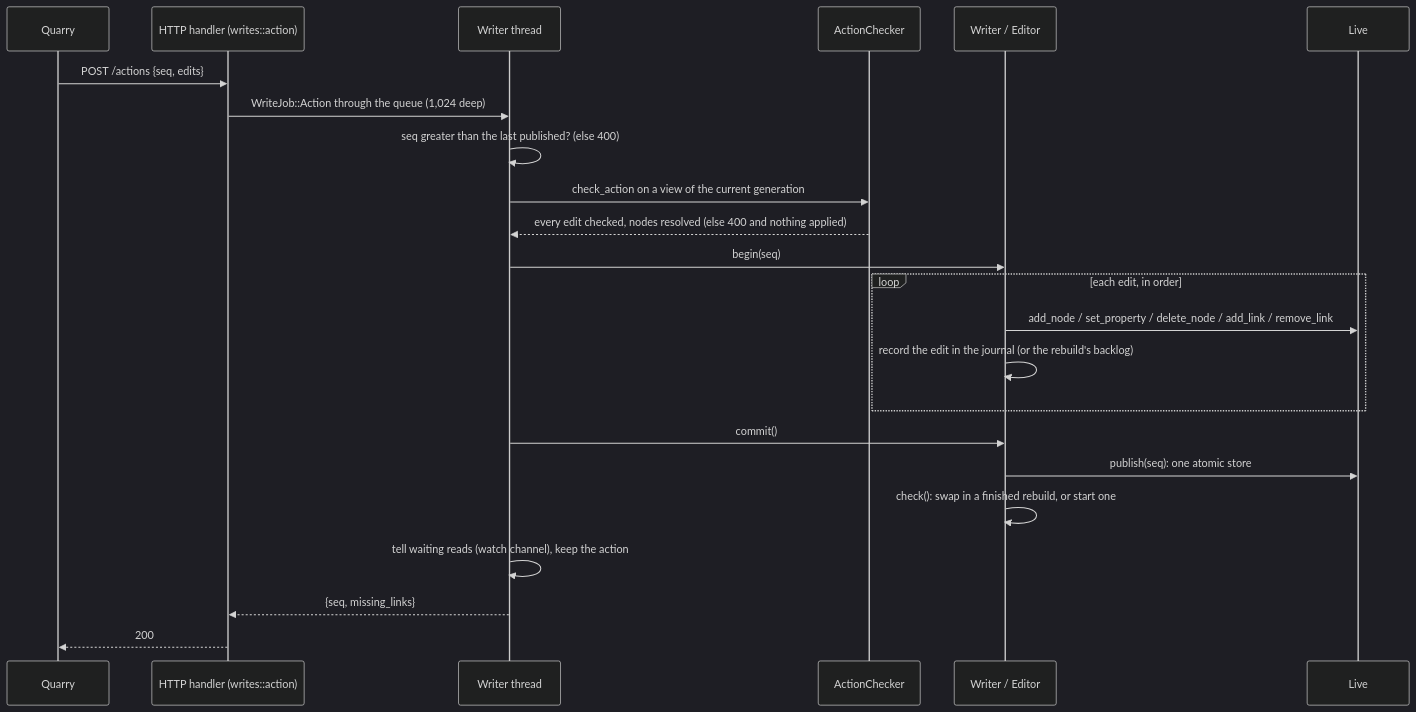
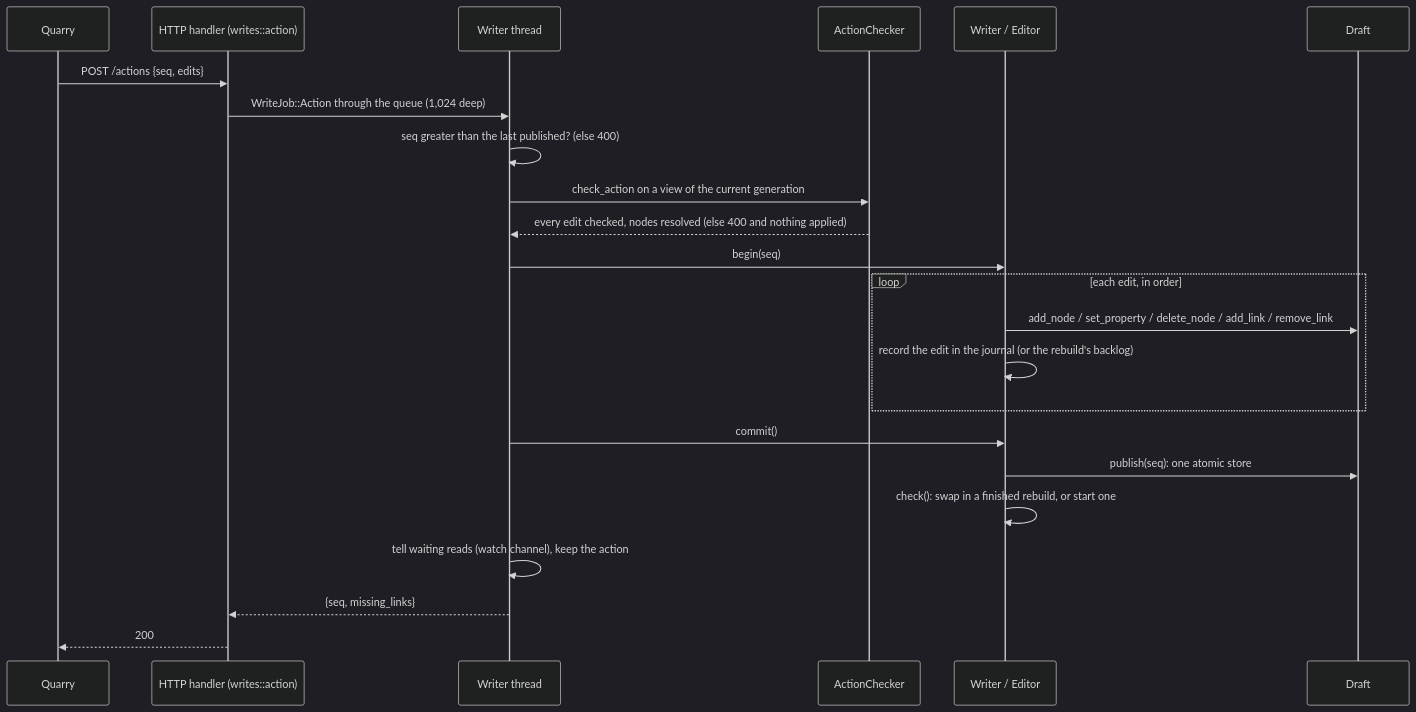
Before and after one commit to RolandTeslaru/ProximaDB: the diagram in docs/kinetic.md, drawn with Mermaid (dark theme). The commit also changed other lines of this file and 22 other files, not shown here.

First line of the commit message:
Rename Live to Draft

````diff
--- a/docs/kinetic.md
+++ b/docs/kinetic.md
@@ -95,26 +95,26 @@
 ```mermaid
 sequenceDiagram
     participant Q as Quarry
     participant H as HTTP handler (writes::action)
     participant W as Writer thread
     participant C as ActionChecker
     participant E as Writer / Editor
-    participant L as Live
+    participant L as Draft
 
     Q->>H: POST /actions {seq, edits}
     H->>W: WriteJob::Action through the queue (1,024 deep)
     W->>W: seq greater than the last published? (else 400)
     W->>C: check_action on a view of the current generation
     C-->>W: every edit checked, nodes resolved (else 400 and nothing applied)
     W->>E: begin(seq)
     loop each edit, in order
         E->>L: add_node / set_property / delete_node / add_link / remove_link
         E->>E: record the edit in the journal (or the rebuild's backlog)
     end
     W->>E: commit()
     E->>L: publish(seq): one atomic store
     E->>E: check(): swap in a finished rebuild, or start one
     W->>W: tell waiting reads (watch channel), keep the action
     W-->>H: {seq, missing_links}
     H-->>Q: 200
 ```
````
